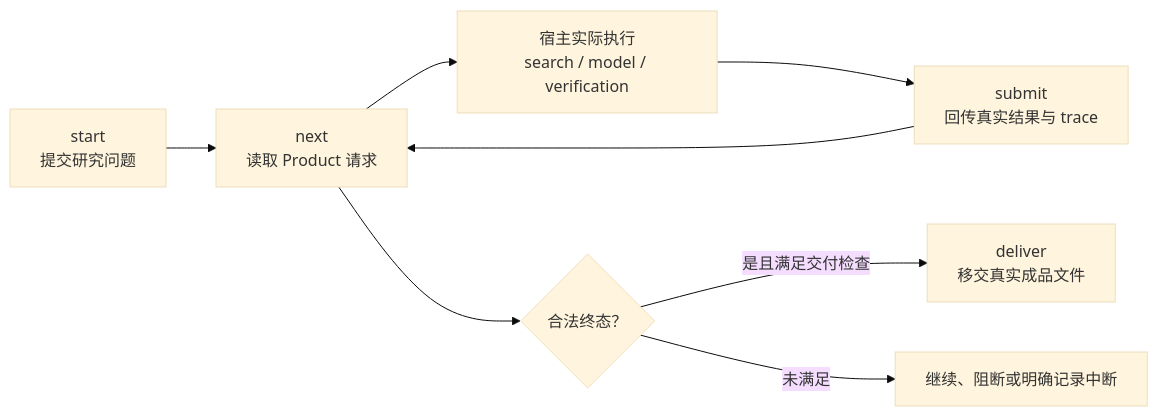
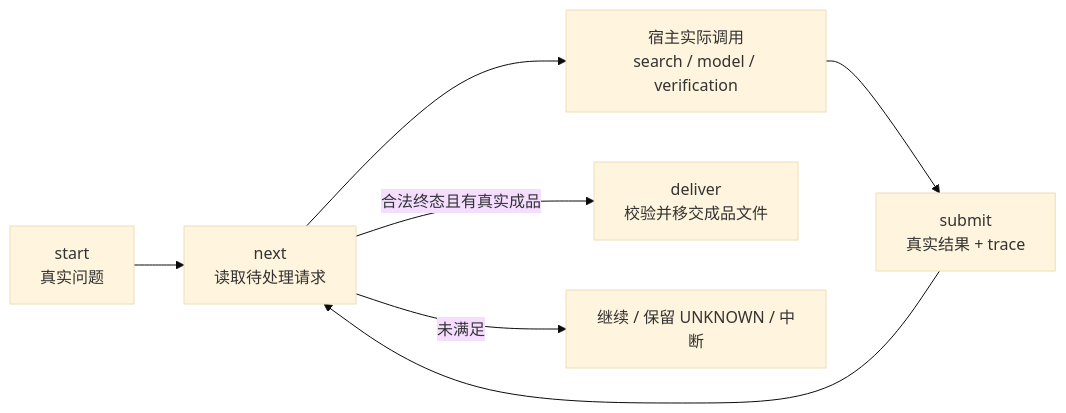
One commit to llootupsl/profound-cognition changed the fourth of 4 diagrams in README.md. Above: the diagram before and after it, drawn with Mermaid (base theme). The commit also changed other lines of this file, not shown here.

Commit message:
docs: explain complete RC14 architecture, nested Skill boundary and honest research goals

````diff
--- a/README.md
+++ b/README.md
@@ -150,10 +227,9 @@
 ```mermaid
 flowchart LR
-    A["start<br/>提交研究问题"] --> B["next<br/>读取 Product 请求"]
-    B --> C["宿主实际执行<br/>search / model / verification"]
-    C --> D["submit<br/>回传真实结果与 trace"]
+    A["start<br/>真实问题"] --> B["next<br/>读取待处理请求"]
+    B --> C["宿主实际调用<br/>search / model / verification"]
+    C --> D["submit<br/>真实结果 + trace"]
     D --> B
-    B --> E{"合法终态？"}
-    E -->|"是且满足交付检查"| F["deliver<br/>移交真实成品文件"]
-    E -->|"未满足"| G["继续、阻断或明确记录中断"]
+    B -->|"合法终态且有真实成品"| E["deliver<br/>校验并移交成品文件"]
+    B -->|"未满足"| F["继续 / 保留 UNKNOWN / 中断"]
 ```
````
